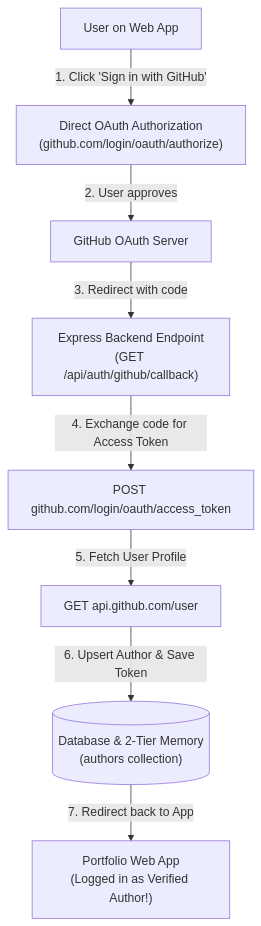
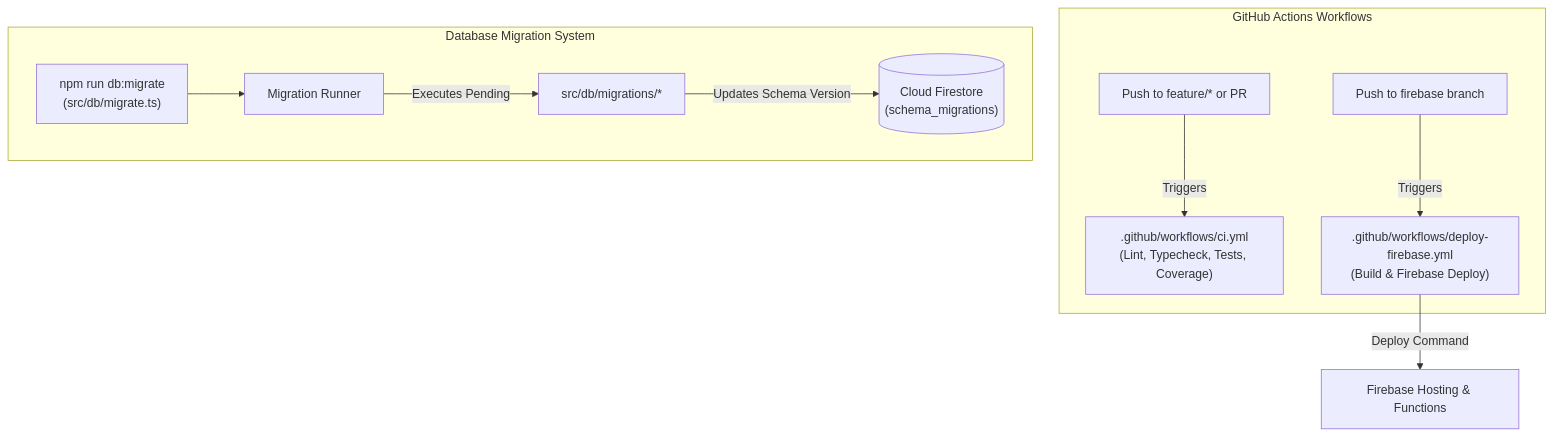
One commit to phgrey/portfolist changed the diagram in docs/implementation_plan.md. Above: the diagram before and after it, drawn with Mermaid. The commit also changed other lines of this file and 10 other files, not shown here.

````diff
--- a/docs/implementation_plan.md
+++ b/docs/implementation_plan.md
@@ -13,14 +13,15 @@
 ```mermaid
 flowchart TD
-    User["User on Web App"] -->|1. Click 'Sign in with GitHub'| FrontOAuth["Direct OAuth Authorization\n(github.com/login/oauth/authorize)"]
-    
-    FrontOAuth -->|2. User approves| GitHubServer["GitHub OAuth Server"]
-    
-    GitHubServer -->|3. Redirect with code| ServerCallback["Express Backend Endpoint\n(GET /api/auth/github/callback)"]
-    
-    ServerCallback -->|4. Exchange code for Access Token| GitHubTokenEP["POST github.com/login/oauth/access_token"]
-    GitHubTokenEP -->|5. Fetch User Profile| GitHubUserEP["GET api.github.com/user"]
-    
-    GitHubUserEP -->|6. Upsert Author & Save Token| DB[("Database & 2-Tier Memory\n(authors collection)")]
-    DB -->|7. Redirect back to App| WebApp["Portfolio Web App\n(Logged in as Verified Author!)"]
+    subgraph GitHubFlow["GitHub Actions Workflows"]
+        FeaturePush["Push to feature/* or PR"] -->|Triggers| CIWorkflow[".github/workflows/ci.yml\n(Lint, Typecheck, Tests, Coverage)"]
+        FirebasePush["Push to firebase branch"] -->|Triggers| CDWorkflow[".github/workflows/deploy-firebase.yml\n(Build & Firebase Deploy)"]
+    end
+
+    subgraph DBMigrations["Database Migration System"]
+        MigrateCli["npm run db:migrate\n(src/db/migrate.ts)"] --> MigrationRunner["Migration Runner"]
+        MigrationRunner -->|Executes Pending| MigrationsDir["src/db/migrations/*"]
+        MigrationsDir -->|Updates Schema Version| Firestore[("Cloud Firestore\n(schema_migrations)")]
+    end
+
+    CDWorkflow -->|Deploy Command| FirebaseHost["Firebase Hosting & Functions"]
 ```
````
